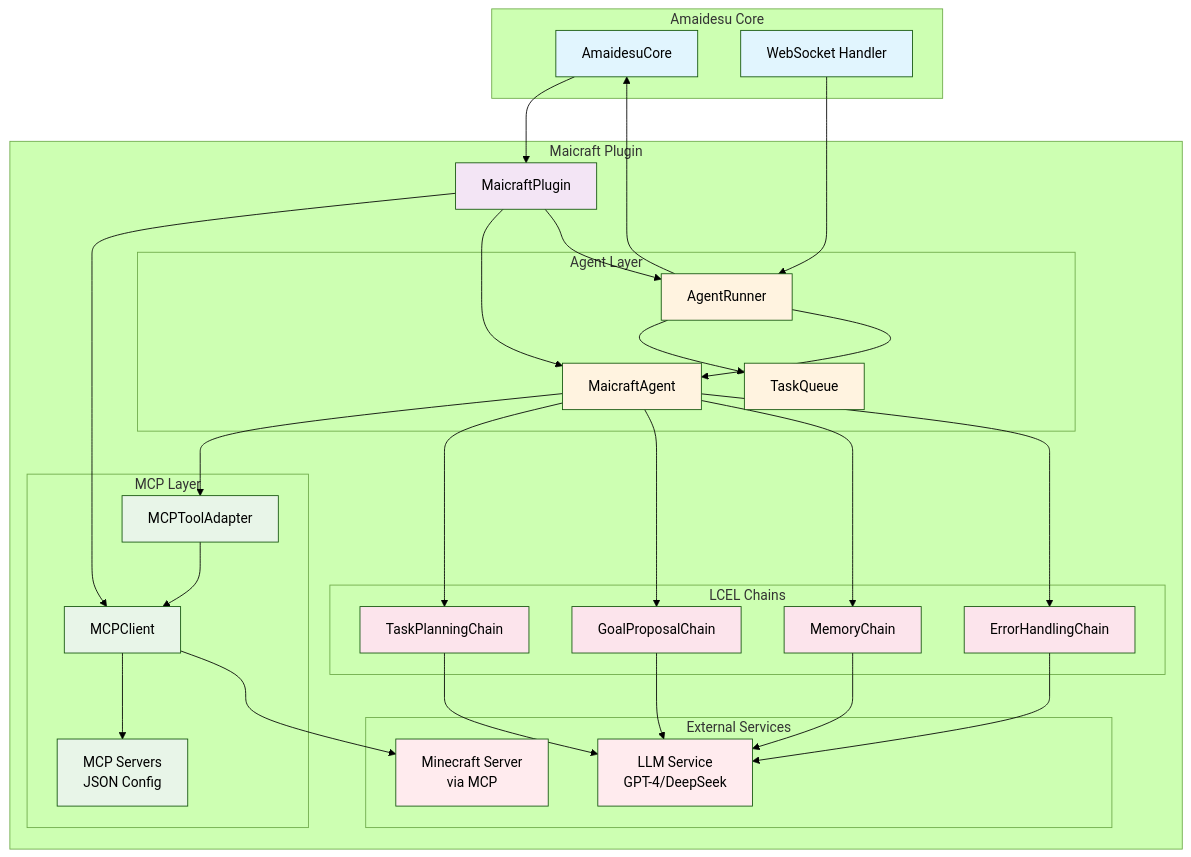
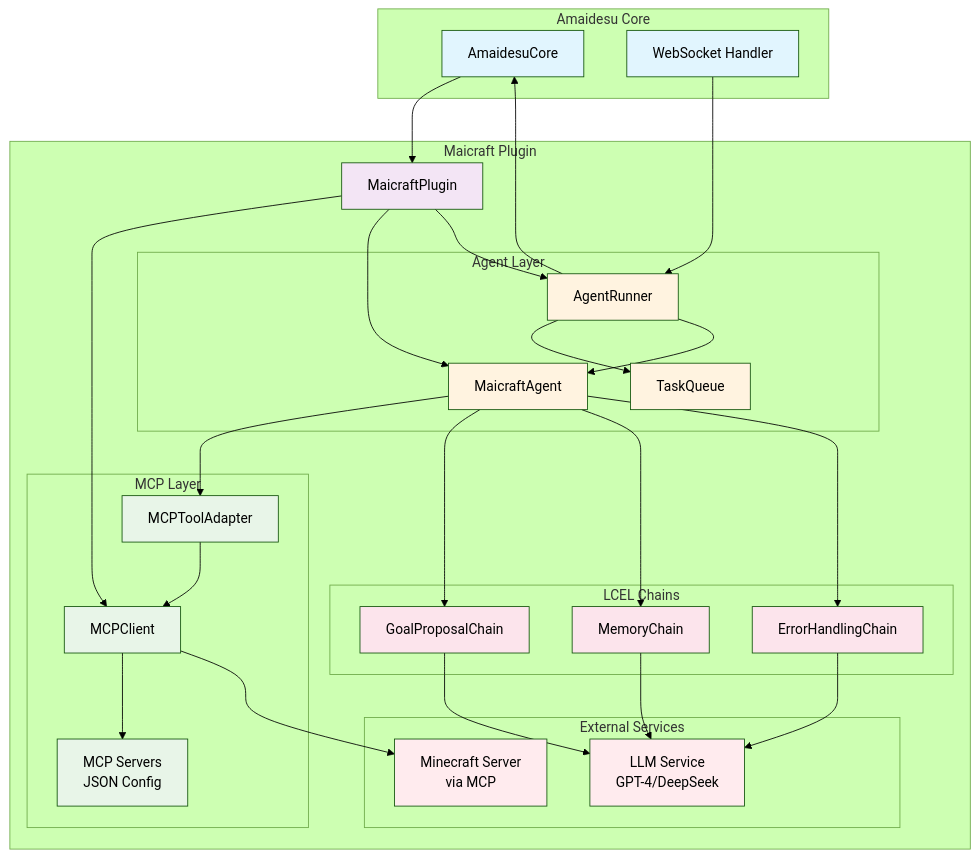
The first of 5 diagrams in src/plugins/maicraft/README.md (ChangingSelf/MaiBot-Vtuber), drawn with Mermaid (forest theme) before and after one commit. The commit also changed other lines of this file and 5 other files, not shown here.

````diff
--- a/src/plugins/maicraft/README.md
+++ b/src/plugins/maicraft/README.md
@@ -20,75 +24,72 @@
 ```mermaid
 graph TB
     subgraph "Amaidesu Core"
         Core[AmaidesuCore]
         WS[WebSocket Handler]
     end
     
     subgraph "Maicraft Plugin"
         Plugin[MaicraftPlugin]
         
         subgraph "MCP Layer"
             MCPClient[MCPClient]
             ToolAdapter[MCPToolAdapter]
             MCPServers[MCP Servers<br/>JSON Config]
         end
         
         subgraph "Agent Layer"
             Runner[AgentRunner]
             Agent[MaicraftAgent]
             TaskQueue[TaskQueue]
         end
         
         subgraph "LCEL Chains"
-            TaskChain[TaskPlanningChain]
             GoalChain[GoalProposalChain]
             MemoryChain[MemoryChain]
             ErrorChain[ErrorHandlingChain]
         end
         
         subgraph "External Services"
             LLM[LLM Service<br/>GPT-4/DeepSeek]
             MinecraftServer[Minecraft Server<br/>via MCP]
         end
     end
     
     Core --> Plugin
     WS --> Runner
     Plugin --> MCPClient
     Plugin --> Agent
     Plugin --> Runner
     
     Runner --> TaskQueue
     Runner --> Agent
     
     Agent --> ToolAdapter
-    Agent --> TaskChain
     Agent --> GoalChain
     Agent --> MemoryChain
     Agent --> ErrorChain
     
     ToolAdapter --> MCPClient
     MCPClient --> MCPServers
     MCPClient --> MinecraftServer
     
-    TaskChain --> LLM
     GoalChain --> LLM
     MemoryChain --> LLM
     ErrorChain --> LLM
     
     Runner --> Core
     
     classDef core fill:#e1f5fe
     classDef plugin fill:#f3e5f5
     classDef mcp fill:#e8f5e8
     classDef agent fill:#fff3e0
     classDef chains fill:#fce4ec
     classDef external fill:#ffebee
     
     class Core,WS core
     class Plugin plugin
     class MCPClient,ToolAdapter,MCPServers mcp
     class Runner,Agent,TaskQueue agent
-    class TaskChain,GoalChain,MemoryChain,ErrorChain chains
+    class GoalChain,MemoryChain,ErrorChain chains
     class LLM,MinecraftServer external
 ```
````
